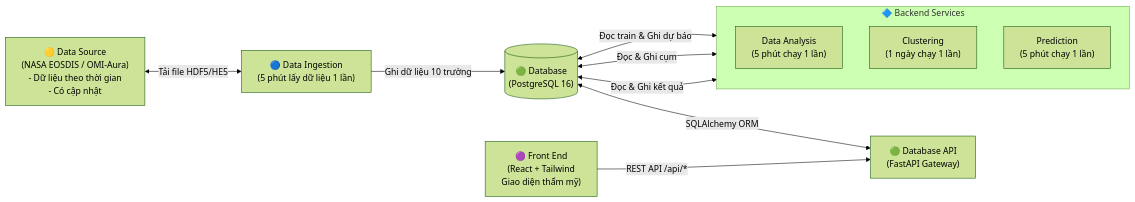
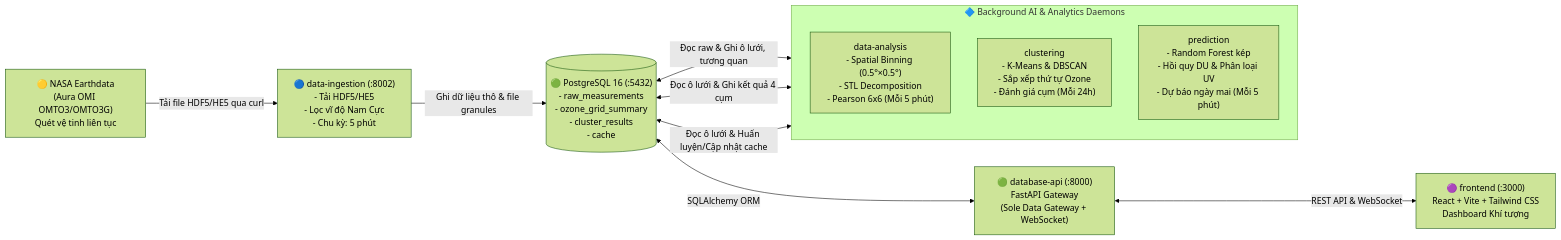
Before and after one commit to vpyy/OzoneCast: the diagram in README.md, drawn with Mermaid (forest theme). The commit also changed other lines of this file and 3 other files, not shown here.

Commit message:
Update prediction chart, readme

````diff
--- a/README.md
+++ b/README.md
@@ -11,23 +11,23 @@
 ```mermaid
 flowchart LR
-    DS["🟡 Data Source\n(NASA EOSDIS / OMI-Aura)\n- Dữ liệu theo thời gian\n- Có cập nhật"]
-    DI["🔵 Data Ingestion\n(5 phút lấy dữ liệu 1 lần)"]
-    DB[("🟢 Database\n(PostgreSQL 16)")]
-    DAPI["🟢 Database API\n(FastAPI Gateway)"]
-    FE["🟣 Front End\n(React + Tailwind\nGiao diện thẩm mỹ)"]
+    NASA["🟡 NASA Earthdata\n(Aura OMI OMTO3/OMTO3G)\nQuét vệ tinh liên tục"]
+    INGEST["🔵 data-ingestion (:8002)\n- Tải HDF5/HE5\n- Lọc vĩ độ Nam Cực\n- Chu kỳ: 5 phút"]
+    DB[("🟢 PostgreSQL 16 (:5432)\n- raw_measurements\n- ozone_grid_summary\n- cluster_results\n- cache")]
+    DAPI["🟢 database-api (:8000)\nFastAPI Gateway\n(Sole Data Gateway + WebSocket)"]
+    FE["🟣 frontend (:3000)\nReact + Vite + Tailwind CSS\nDashboard Khí tượng"]
 
-    subgraph BS ["🔷 Backend Services"]
+    subgraph WORKERS ["🔷 Background AI & Analytics Daemons"]
         direction TB
-        DA["Data Analysis\n(5 phút chạy 1 lần)"]
-        CL["Clustering\n(1 ngày chạy 1 lần)"]
-        PR["Prediction\n(5 phút chạy 1 lần)"]
+        DA["data-analysis\n- Spatial Binning (0.5°×0.5°)\n- STL Decomposition\n- Pearson 6x6 (Mỗi 5 phút)"]
+        CL["clustering\n- K-Means & DBSCAN\n- Sắp xếp thứ tự Ozone\n- Đánh giá cụm (Mỗi 24h)"]
+        PR["prediction\n- Random Forest kép\n- Hồi quy DU & Phân loại UV\n- Dự báo ngày mai (Mỗi 5 phút)"]
     end
 
-    DS <-->|Tải file HDF5/HE5| DI
-    DI -->|Ghi dữ liệu 10 trường| DB
-    DB <-->|Đọc & Ghi kết quả| DA
-    DB <-->|Đọc & Ghi cụm| CL
-    DB <-->|Đọc train & Ghi dự báo| PR
+    NASA -->|Tải file HDF5/HE5 qua curl| INGEST
+    INGEST -->|Ghi dữ liệu thô & file granules| DB
+    DB <-->|Đọc raw & Ghi ô lưới, tương quan| DA
+    DB <-->|Đọc ô lưới & Ghi kết quả 4 cụm| CL
+    DB <-->|Đọc ô lưới & Huấn luyện/Cập nhật cache| PR
     DB <-->|SQLAlchemy ORM| DAPI
-    FE -->|REST API /api/*| DAPI
+    DAPI <-->|REST API & WebSocket| FE
 ```
````
